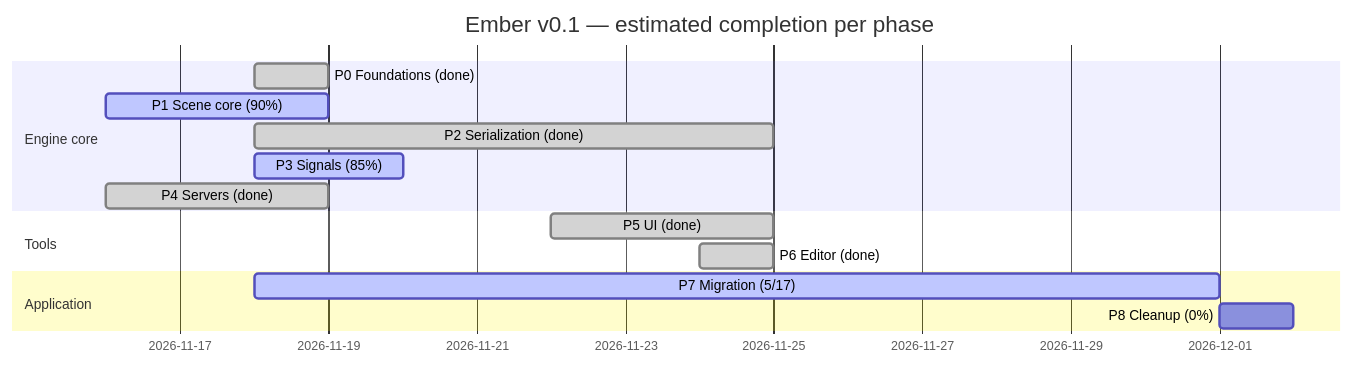
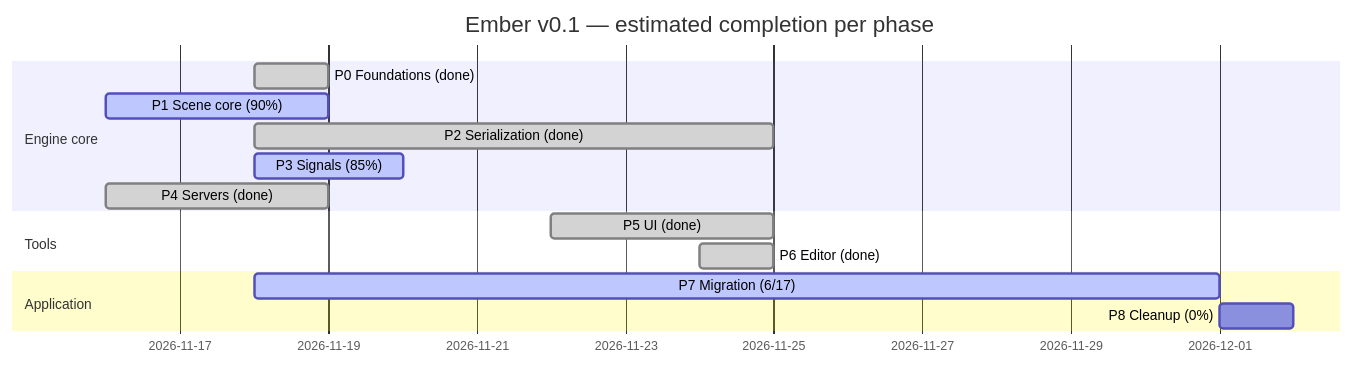
Before and after one commit to titouanthd/ember: the diagram in ember-vault/60 Progress/Roadmap Tracker.md, drawn with Mermaid. The commit also changed other lines of this file and 3 other files, not shown here.

First line of the commit message:
doc(vault-roadmap): Record the FreeCell migration

````diff
--- a/ember-vault/60 Progress/Roadmap Tracker.md
+++ b/ember-vault/60 Progress/Roadmap Tracker.md
@@ -11,17 +11,17 @@
 ```mermaid
 gantt
   dateFormat YYYY-MM-DD
   title Ember v0.1 — estimated completion per phase
   section Engine core
   P0 Foundations (done)  :done, p0, 2026-11-18, 1d
   P1 Scene core (90%)    :active, p1, 2026-11-16, 3d
   P2 Serialization (done):done, p2, 2026-11-18, 7d
   P3 Signals (85%)       :active, p3, 2026-11-18, 2d
   P4 Servers (done)      :done, p4, 2026-11-16, 3d
   section Tools
   P5 UI (done)           :done, p5, 2026-11-22, 3d
   P6 Editor (done)       :done, p6, 2026-11-24, 1d
   section Application
-  P7 Migration (5/17)    :active, p7, 2026-11-18, 13d
+  P7 Migration (6/17)    :active, p7, 2026-11-18, 13d
   P8 Cleanup (0%)        :p8, after p7, 1d
 ```
````
